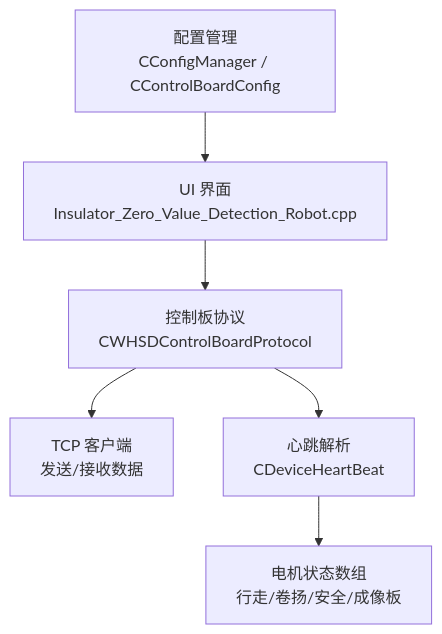
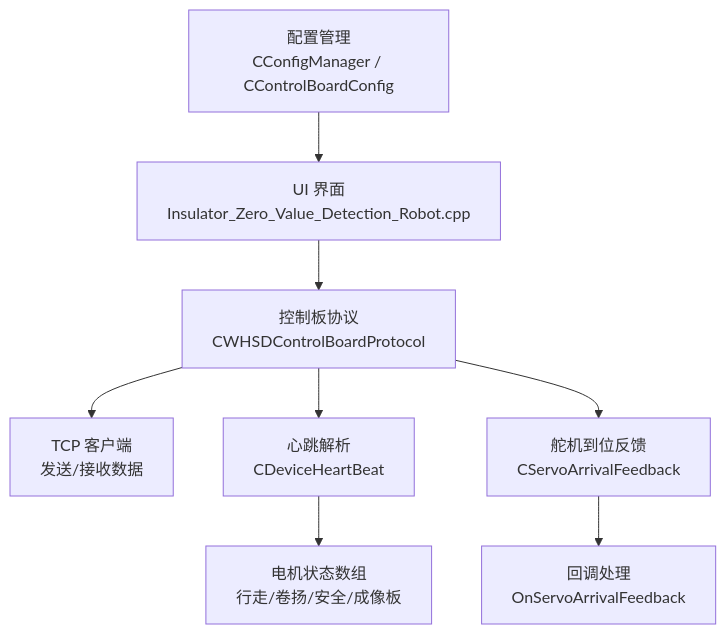
One commit to yangreest/Zero-value-Insulator-Robot-V2 changed the first of 6 diagrams in .qoder/repowiki/zh/content/功能特性/设备控制功能/电机控制.md. Above: the diagram before and after it, drawn with Mermaid. The commit also changed other lines of this file and 3 other files, not shown here.

````diff
--- a/.qoder/repowiki/zh/content/功能特性/设备控制功能/电机控制.md
+++ b/.qoder/repowiki/zh/content/功能特性/设备控制功能/电机控制.md
@@ -39,8 +47,10 @@
 ```mermaid
 graph TB
 UI["UI 界面<br/>Insulator_Zero_Value_Detection_Robot.cpp"] --> Protocol["控制板协议<br/>CWHSDControlBoardProtocol"]
 Config["配置管理<br/>CConfigManager / CControlBoardConfig"] --> UI
 Protocol --> Com["TCP 客户端<br/>发送/接收数据"]
 Protocol --> Heartbeat["心跳解析<br/>CDeviceHeartBeat"]
+Protocol --> ServoFeedback["舵机到位反馈<br/>CServoArrivalFeedback"]
 Heartbeat --> Motors["电机状态数组<br/>行走/卷扬/安全/成像板"]
+ServoFeedback --> Callback["回调处理<br/>OnServoArrivalFeedback"]
 ```
````
